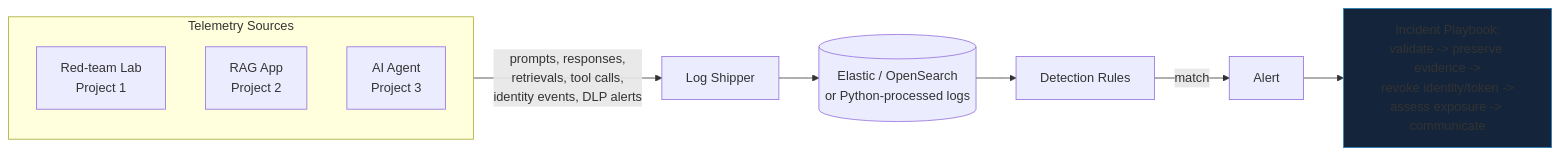
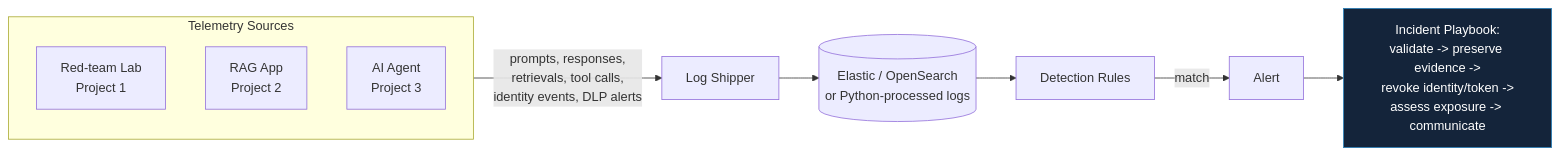
One commit to A2DSEC/AI-Security-Projects changed the diagram in 04-ai-security-monitoring/README.md. Above: the diagram before and after it, drawn with Mermaid. The commit also changed 3 other files, not shown here.

````diff
--- a/04-ai-security-monitoring/README.md
+++ b/04-ai-security-monitoring/README.md
@@ -16,17 +16,17 @@
 ```mermaid
 flowchart LR
     subgraph Sources["Telemetry Sources"]
         S1[Red-team Lab\nProject 1]
         S2[RAG App\nProject 2]
         S3[AI Agent\nProject 3]
     end
 
     Sources -->|prompts, responses,\nretrievals, tool calls,\nidentity events, DLP alerts| Pipeline[Log Shipper]
     Pipeline --> Store[(Elastic / OpenSearch\nor Python-processed logs)]
     Store --> Detections[Detection Rules]
 
     Detections -->|match| Alert[Alert]
     Alert --> Playbook[Incident Playbook:\nvalidate -> preserve evidence ->\nrevoke identity/token ->\nassess exposure -> communicate]
 
-    style Playbook fill:#14243a,stroke:#2980b9
+    style Playbook fill:#14243a,stroke:#2980b9,color:#fff
 ```
````
